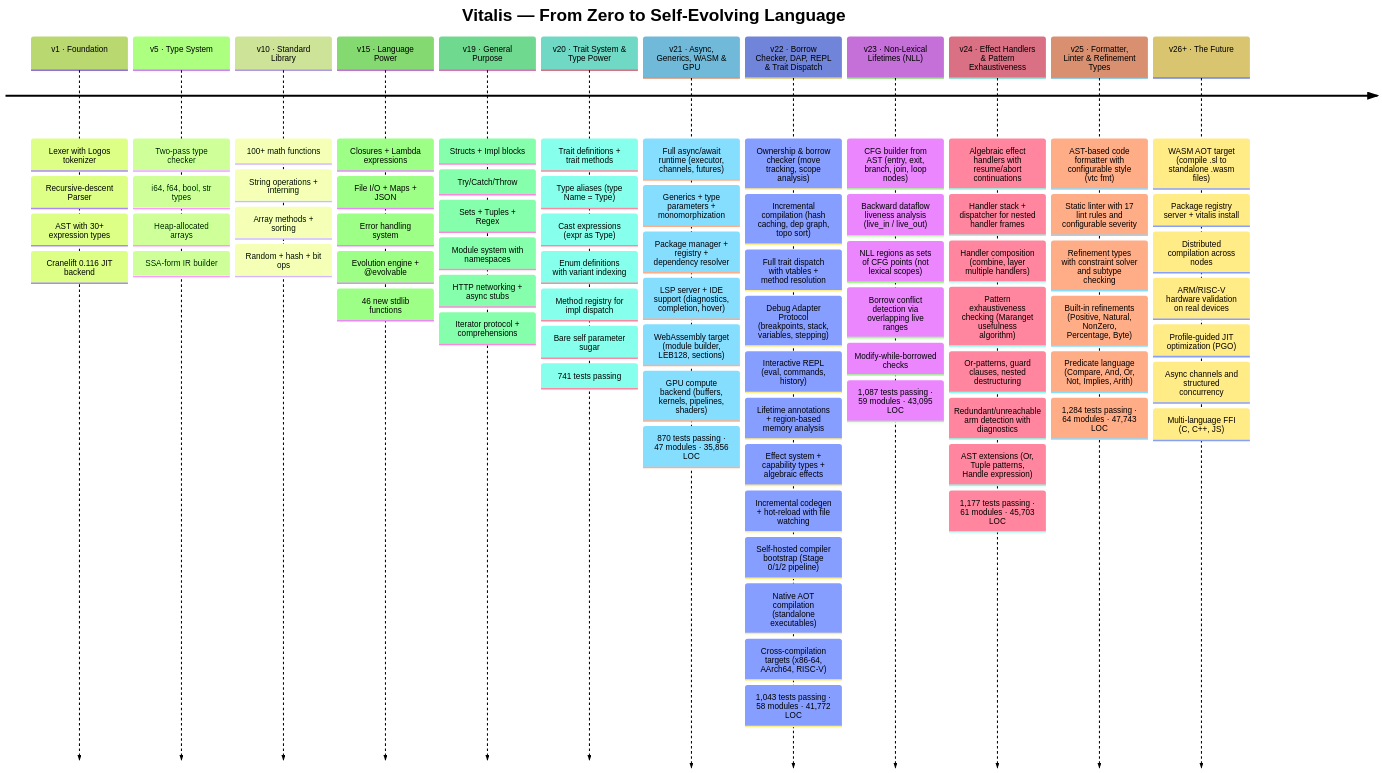
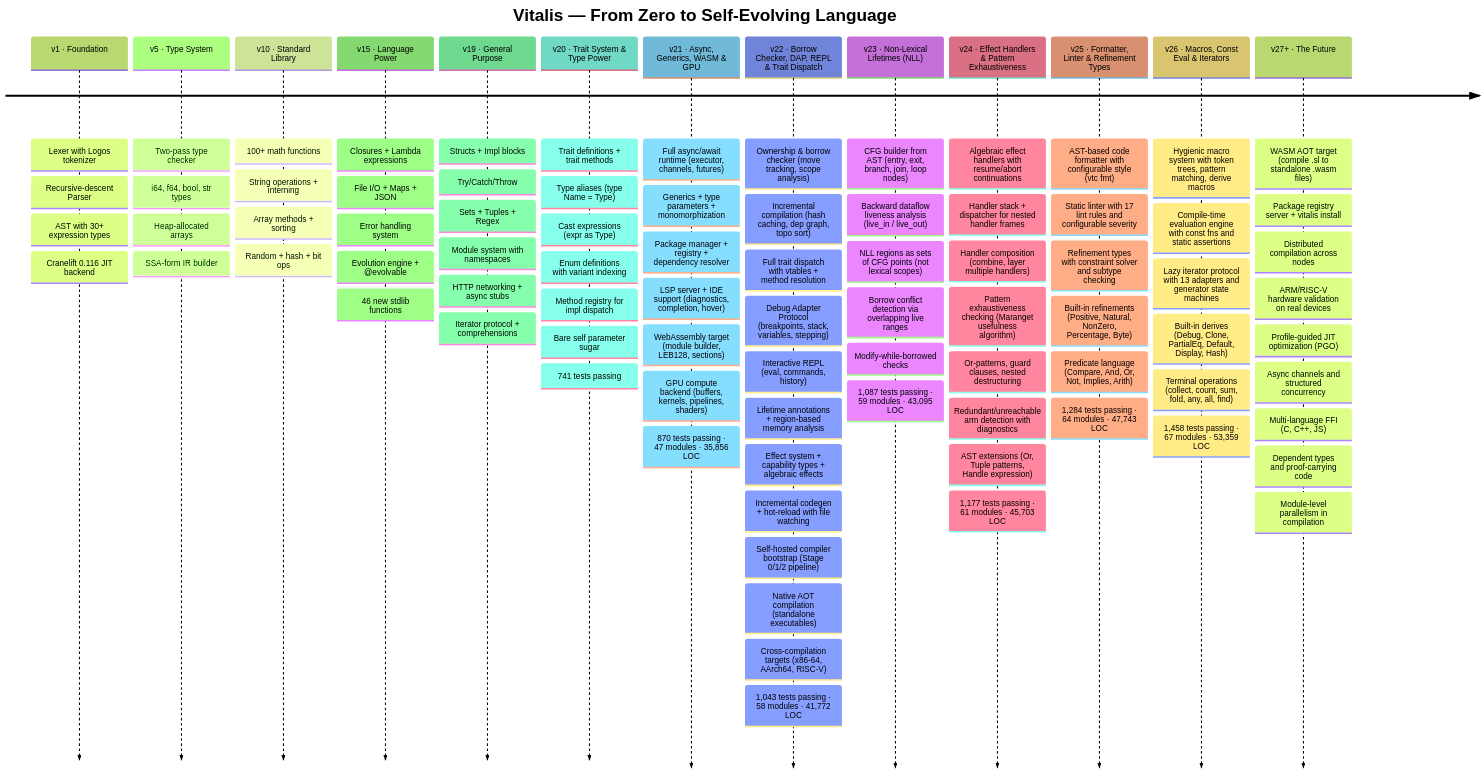
One commit to ModernOps888/vitalis changed the seventh of 7 diagrams in README.md. Above: the diagram before and after it, drawn with Mermaid (forest theme). The commit also changed other lines of this file and 8 other files, not shown here.

First line of the commit message:
v26.0.0: macro system, compile-time evaluation, iterator/generator protocol

````diff
--- a/README.md
+++ b/README.md
@@ -1099,7 +1106,15 @@
         : Predicate language (Compare, And, Or, Not, Implies, Arith)
         : 1,284 tests passing · 64 modules · 47,743 LOC
 
-    v26+ · The Future
+    v26 · Macros, Const Eval & Iterators
+        : Hygienic macro system with token trees, pattern matching, derive macros
+        : Compile-time evaluation engine with const fns and static assertions
+        : Lazy iterator protocol with 13 adapters and generator state machines
+        : Built-in derives (Debug, Clone, PartialEq, Default, Display, Hash)
+        : Terminal operations (collect, count, sum, fold, any, all, find)
+        : 1,458 tests passing · 67 modules · 53,359 LOC
+
+    v27+ · The Future
         : WASM AOT target (compile .sl to standalone .wasm files)
         : Package registry server + vitalis install
         : Distributed compilation across nodes
@@ -1107,4 +1122,6 @@
         : Profile-guided JIT optimization (PGO)
         : Async channels and structured concurrency
         : Multi-language FFI (C, C++, JS)
+        : Dependent types and proof-carrying code
+        : Module-level parallelism in compilation
 ```
````
